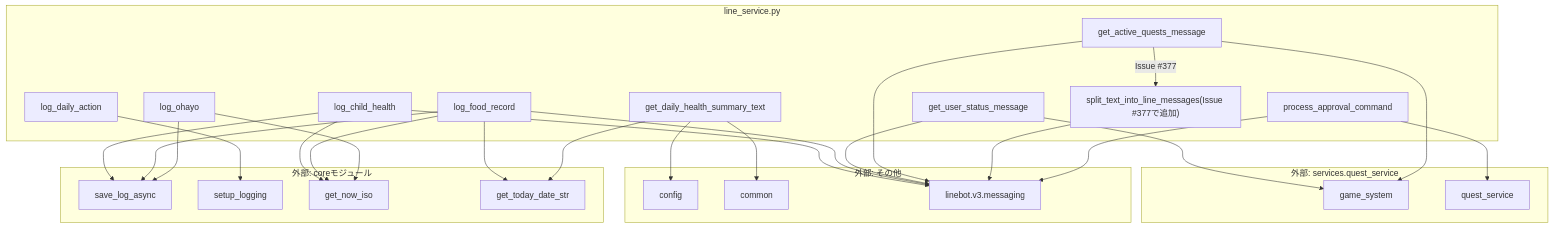
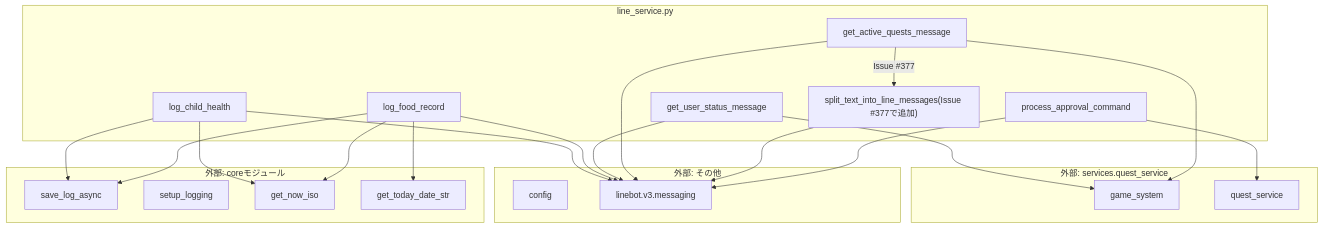
The second of 2 diagrams in docs/specifications/MY_HOME_SYSTEM/line_service.md (mmtigers/my_python_project), drawn with Mermaid before and after one commit. The commit also changed other lines of this file and 2 other files, not shown here.

````diff
--- a/docs/specifications/MY_HOME_SYSTEM/line_service.md
+++ b/docs/specifications/MY_HOME_SYSTEM/line_service.md
@@ -310,62 +246,52 @@
 ```mermaid
 graph TD
     subgraph "line_service.py"
         log_child_health
         log_food_record
-        log_daily_action
-        log_ohayo
-        get_daily_health_summary_text
         get_user_status_message
         get_active_quests_message
         process_approval_command
         split_text_into_line_messages["split_text_into_line_messages(Issue #377で追加)"]
     end
 
     subgraph "外部: coreモジュール"
         save_log_async
         setup_logging
         get_now_iso
         get_today_date_str
     end
 
     subgraph "外部: services.quest_service"
         game_system
         quest_service
     end
 
     subgraph "外部: その他"
         config
-        common
         linebot_v3_messaging[linebot.v3.messaging]
     end
 
     log_child_health --> save_log_async
     log_child_health --> get_now_iso
     log_child_health --> linebot_v3_messaging
 
     log_food_record --> save_log_async
     log_food_record --> get_today_date_str
     log_food_record --> get_now_iso
     log_food_record --> linebot_v3_messaging
 
-    log_daily_action --> setup_logging
-
-    log_ohayo --> save_log_async
-    log_ohayo --> get_now_iso
-
-    get_daily_health_summary_text --> get_today_date_str
-    get_daily_health_summary_text --> common
-    get_daily_health_summary_text --> config
+    %% Issue #410: log_daily_action / log_ohayo / get_daily_health_summary_text は
+    %% 未使用関数として削除済み(それに伴い common への依存も解消)
 
     get_user_status_message --> game_system
     get_user_status_message --> linebot_v3_messaging
 
     get_active_quests_message --> game_system
     get_active_quests_message --> linebot_v3_messaging
     get_active_quests_message -->|Issue #377| split_text_into_line_messages
     split_text_into_line_messages --> linebot_v3_messaging
 
     process_approval_command --> quest_service
     process_approval_command --> linebot_v3_messaging
 
 ```
````
